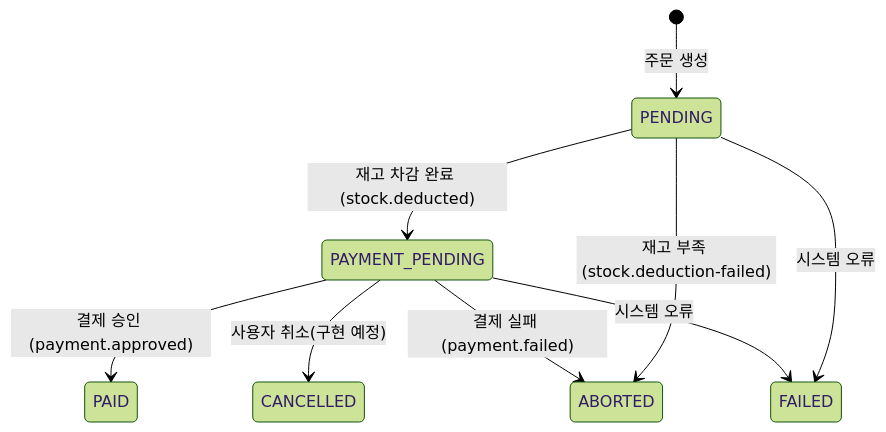
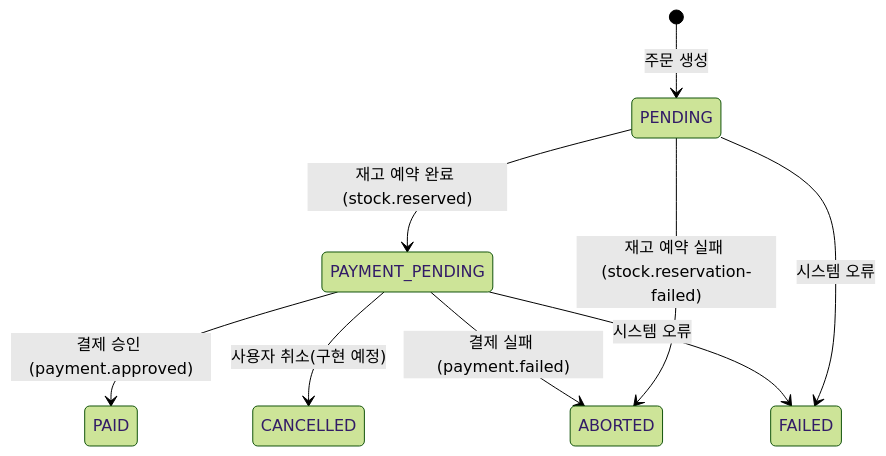
Before and after one commit to wocks1123/commerce-msa: the second of 3 diagrams in README.md, drawn with Mermaid (forest theme). The commit also changed other lines of this file, not shown here.

````diff
--- a/README.md
+++ b/README.md
@@ -79,11 +85,11 @@
 ```mermaid
 stateDiagram-v2
     [*] --> PENDING: 주문 생성
-    PENDING --> PAYMENT_PENDING: 재고 차감 완료 (stock.deducted)
-    PENDING --> ABORTED: 재고 부족 (stock.deduction-failed)
+    PENDING --> PAYMENT_PENDING: 재고 예약 완료 (stock.reserved)
+    PENDING --> ABORTED: 재고 예약 실패 (stock.reservation-failed)
     PAYMENT_PENDING --> PAID: 결제 승인 (payment.approved)
     PAYMENT_PENDING --> ABORTED: 결제 실패 (payment.failed)
     PAYMENT_PENDING --> CANCELLED: 사용자 취소(구현 예정)
     PENDING --> FAILED: 시스템 오류
     PAYMENT_PENDING --> FAILED: 시스템 오류
 ```
````
